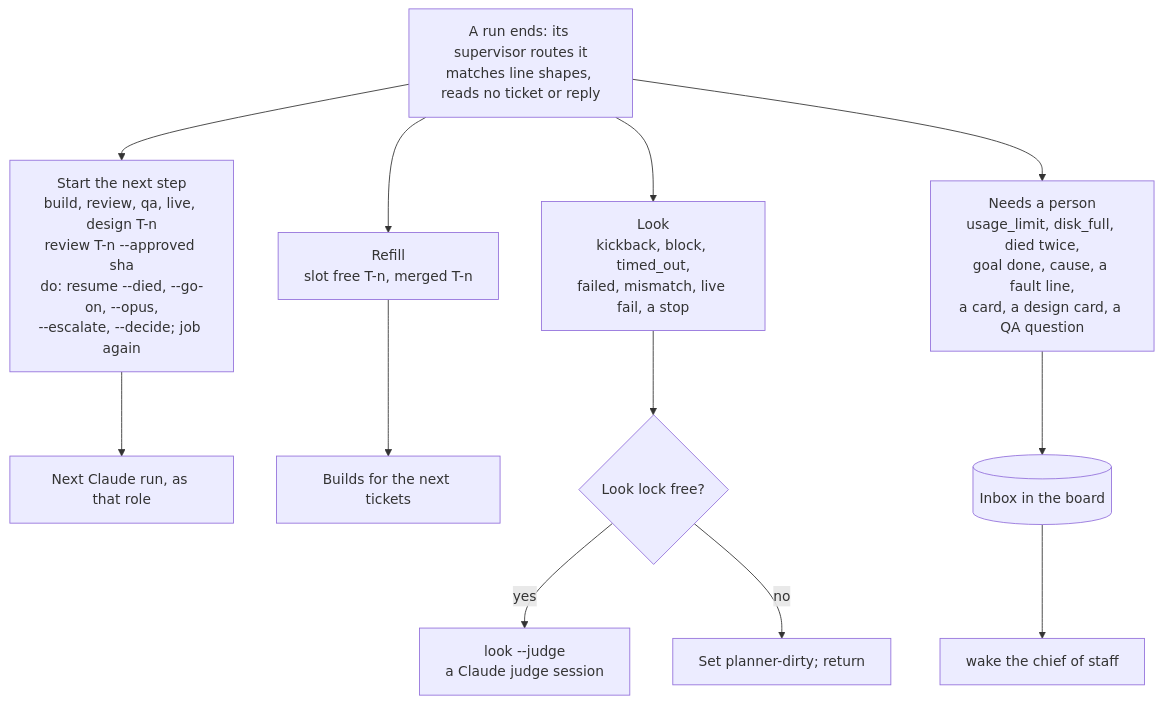
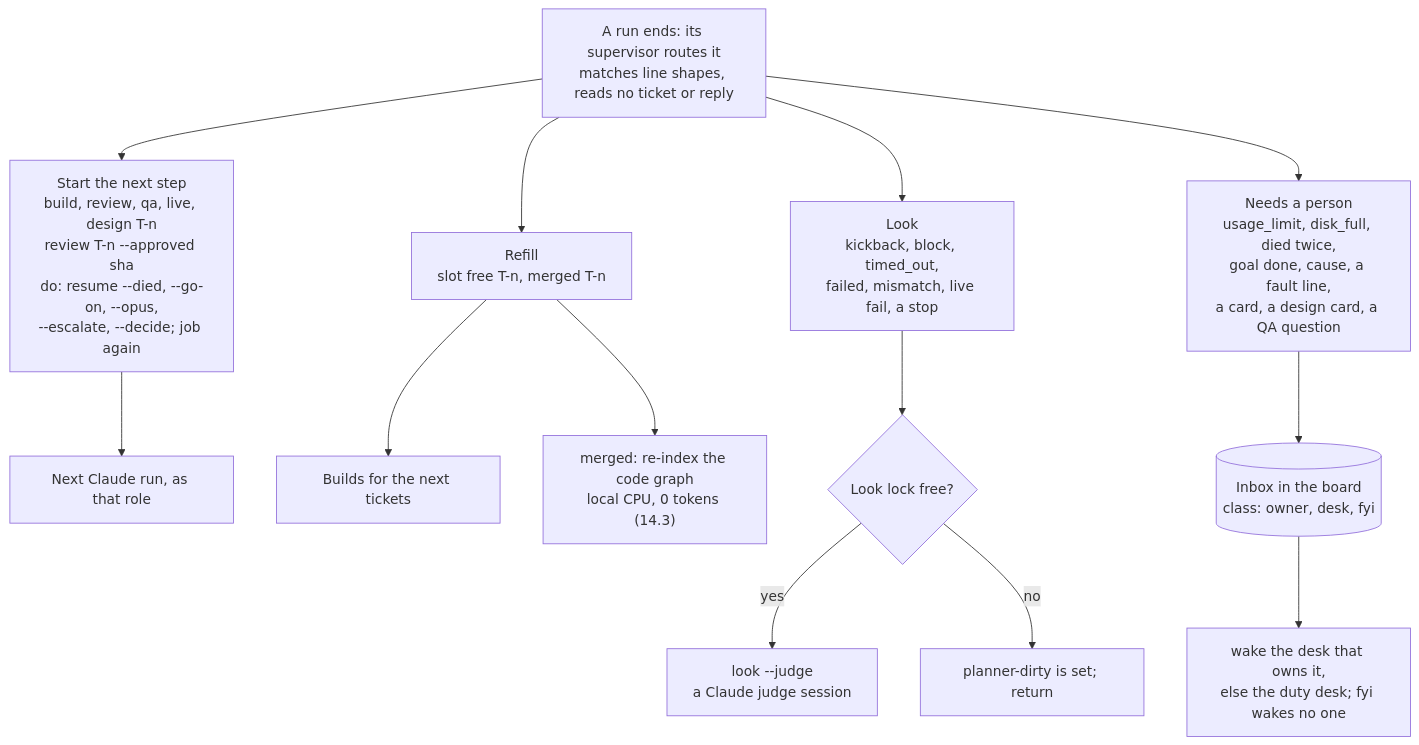
Before and after one commit to ProlesDei/maestro: the second of 7 diagrams in docs/design/t3-runtime.md, drawn with Mermaid. The commit also changed other lines of this file, not shown here.

Commit message:
docs: t3-runtime v6, desktop + T3 Connect, owner's answers folded in

````diff
--- a/docs/design/t3-runtime.md
+++ b/docs/design/t3-runtime.md
@@ -85,15 +103,16 @@
 ```mermaid
 flowchart TD
   END["A run ends: its supervisor routes it<br/>matches line shapes, reads no ticket or reply"]
   END --> A["Start the next step<br/>build, review, qa, live, design T-n<br/>review T-n --approved sha<br/>do: resume --died, --go-on, --opus,<br/>--escalate, --decide; job again"]
   END --> B["Refill<br/>slot free T-n, merged T-n"]
   END --> C["Look<br/>kickback, block, timed_out,<br/>failed, mismatch, live fail, a stop"]
   END --> D["Needs a person<br/>usage_limit, disk_full, died twice,<br/>goal done, cause, a fault line,<br/>a card, a design card, a QA question"]
   A --> RUN["Next Claude run, as that role"]
   B --> FILL["Builds for the next tickets"]
+  B --> IDX["merged: re-index the code graph<br/>local CPU, 0 tokens (14.3)"]
   C --> LOCK{"Look lock free?"}
   LOCK -- yes --> JUDGE["look --judge<br/>a Claude judge session"]
-  LOCK -- no --> DIRTY["Set planner-dirty; return"]
-  D --> INBOX[("Inbox in the board")]
-  INBOX --> WAKE["wake the chief of staff"]
+  LOCK -- no --> DIRTY["planner-dirty is set; return"]
+  D --> INBOX[("Inbox in the board<br/>class: owner, desk, fyi")]
+  INBOX --> WAKE["wake the desk that owns it,<br/>else the duty desk; fyi wakes no one"]
 ```
````
